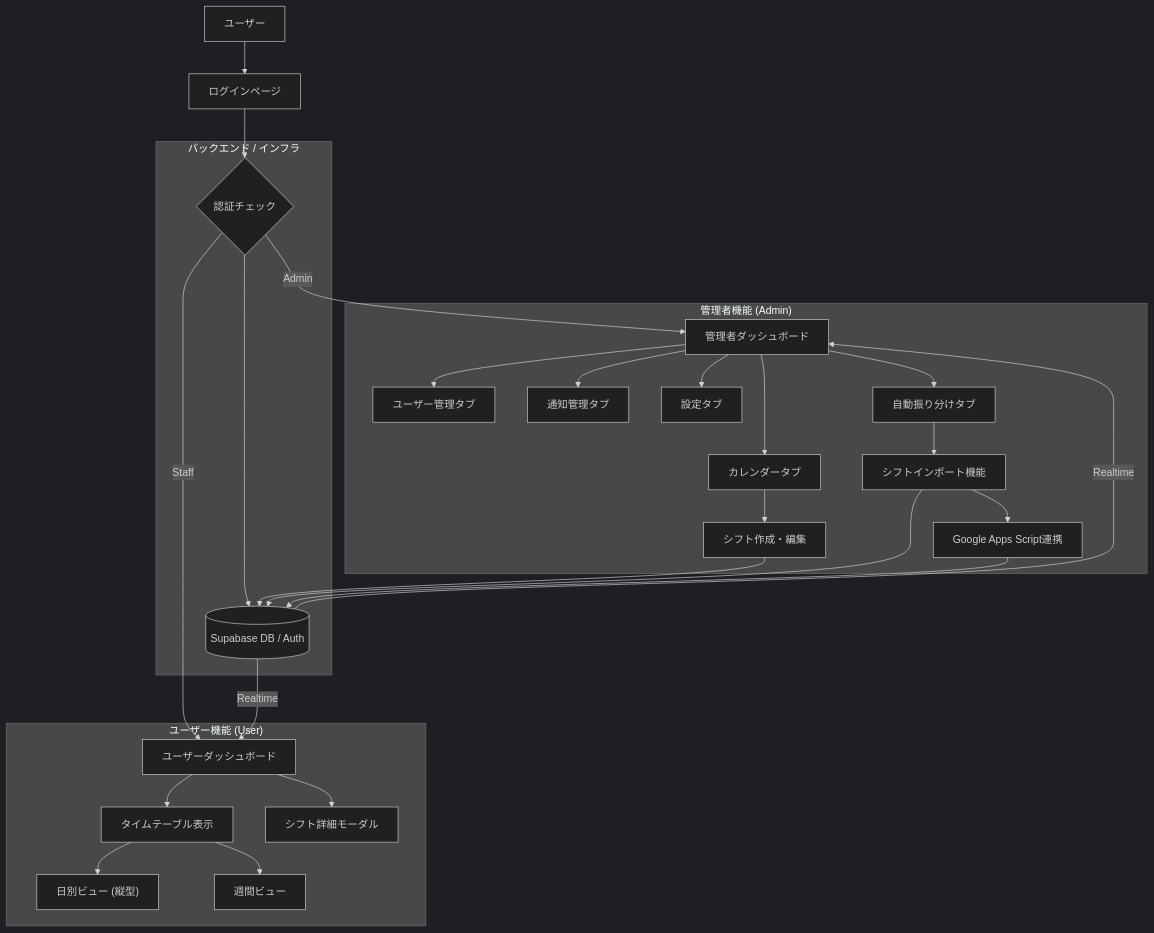
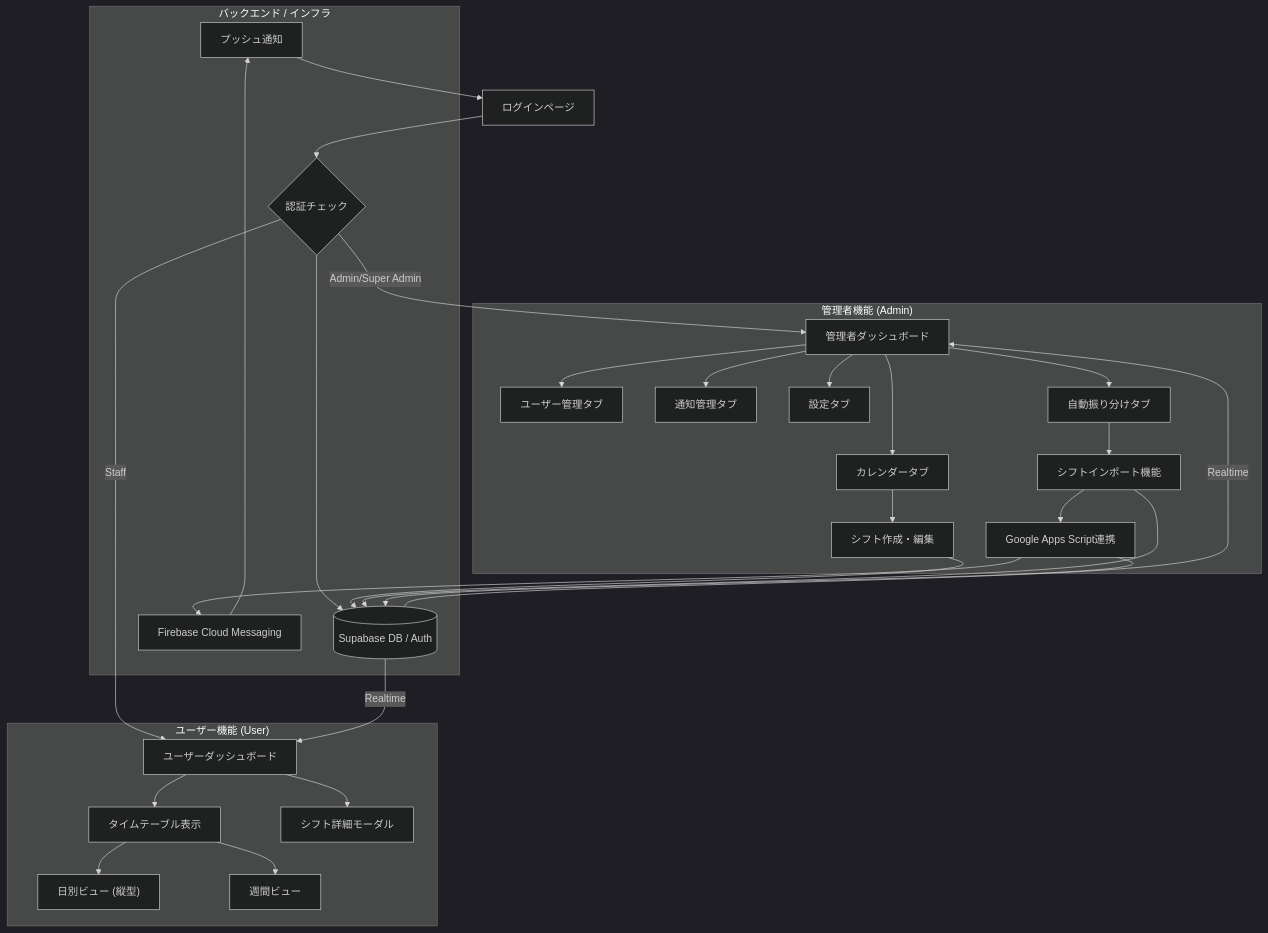
Before and after one commit to J105588/shift-app: the first of 2 diagrams in README.md, drawn with Mermaid (dark theme). The commit also changed other lines of this file, not shown here.

````diff
--- a/README.md
+++ b/README.md
@@ -229,36 +396,37 @@
 ```mermaid
 graph TD
     User[ユーザー] --> Login[ログインページ]
     Login --> Auth{認証チェック}
-    Auth -->|Admin| AdminDash[管理者ダッシュボード]
+    Auth -->|Admin/Super Admin| AdminDash[管理者ダッシュボード]
     Auth -->|Staff| UserDash[ユーザーダッシュボード]
 
     subgraph "管理者機能 (Admin)"
         AdminDash --> Tab1[カレンダータブ]
         AdminDash --> Tab2[ユーザー管理タブ]
         AdminDash --> Tab3[通知管理タブ]
         AdminDash --> Tab4[設定タブ]
         AdminDash --> Tab5[自動振り分けタブ]
         
         Tab1 --> ShiftCreate[シフト作成・編集]
         Tab5 --> ShiftImport[シフトインポート機能]
         ShiftImport --> GAS[Google Apps Script連携]
     end
 
     subgraph "ユーザー機能 (User)"
         UserDash --> Timetable[タイムテーブル表示]
         UserDash --> DetailModal[シフト詳細モーダル]
-        %% Fix: Added quotes around the text containing parentheses
         Timetable --> DayView["日別ビュー (縦型)"]
         Timetable --> WeekView[週間ビュー]
     end
 
     subgraph "バックエンド / インフラ"
         Auth --> Supabase[(Supabase DB / Auth)]
         ShiftCreate --> Supabase
         ShiftImport --> Supabase
         GAS --> Supabase
         Supabase -->|Realtime| AdminDash
         Supabase -->|Realtime| UserDash
+        GAS --> FCM[Firebase Cloud Messaging]
+        FCM --> User[プッシュ通知]
     end
 ```
````
